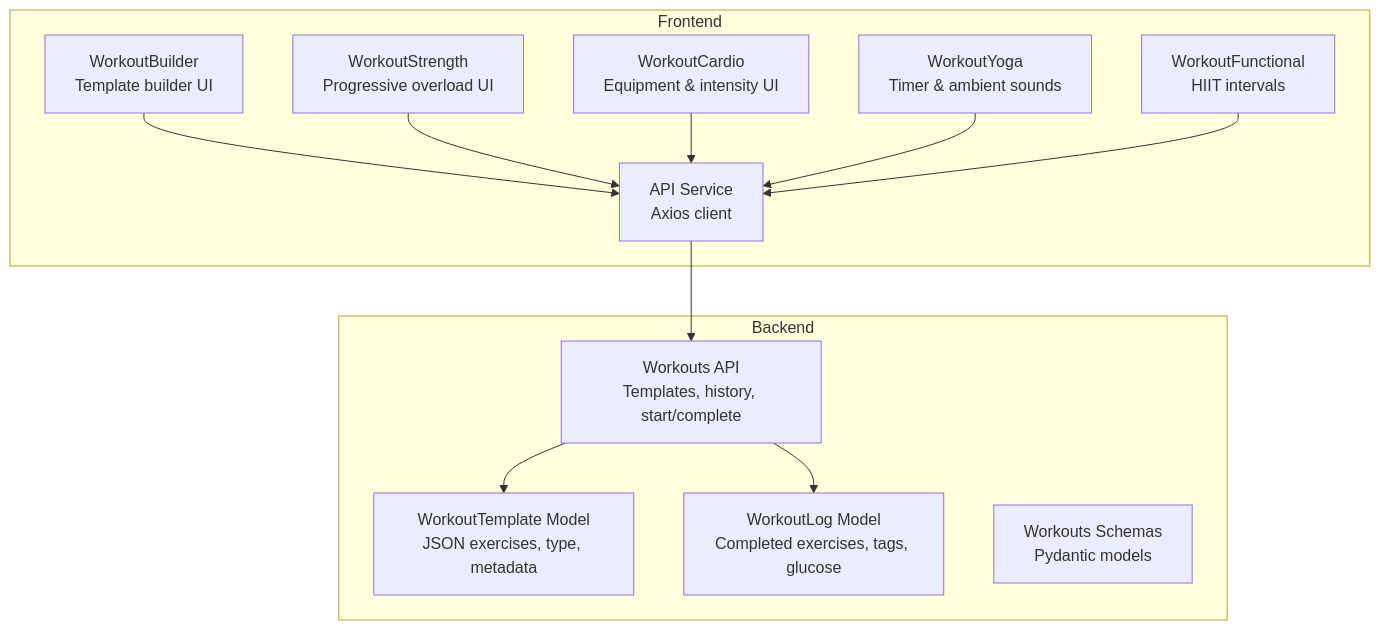
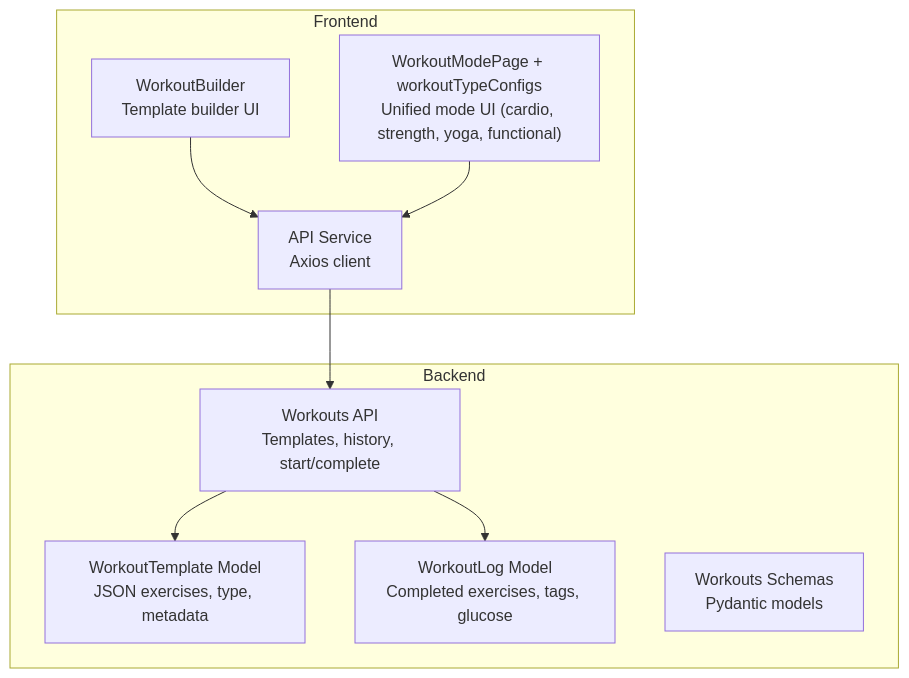
The first of 8 diagrams in .qoder/repowiki/en/content/Feature Implementation/Workout Tracking System/Workout Type Specializations.md (nilsnavi/fit_trackerpro), drawn with Mermaid before and after one commit. The commit also changed other lines of this file and 10 other files, not shown here.

````diff
--- a/.qoder/repowiki/en/content/Feature Implementation/Workout Tracking System/Workout Type Specializations.md
+++ b/.qoder/repowiki/en/content/Feature Implementation/Workout Tracking System/Workout Type Specializations.md
@@ -38,25 +36,19 @@
 ```mermaid
 graph TB
 subgraph "Backend"
 A["WorkoutTemplate Model<br/>JSON exercises, type, metadata"]
 B["WorkoutLog Model<br/>Completed exercises, tags, glucose"]
 C["Workouts API<br/>Templates, history, start/complete"]
 D["Workouts Schemas<br/>Pydantic models"]
 end
 subgraph "Frontend"
 E["WorkoutBuilder<br/>Template builder UI"]
-F["WorkoutStrength<br/>Progressive overload UI"]
-G["WorkoutCardio<br/>Equipment & intensity UI"]
-H["WorkoutYoga<br/>Timer & ambient sounds"]
-I["WorkoutFunctional<br/>HIIT intervals"]
+F["WorkoutModePage + workoutTypeConfigs<br/>Unified mode UI (cardio, strength, yoga, functional)"]
 J["API Service<br/>Axios client"]
 end
 J --> C
 C --> A
 C --> B
 E --> J
 F --> J
-G --> J
-H --> J
-I --> J
 ```
````
